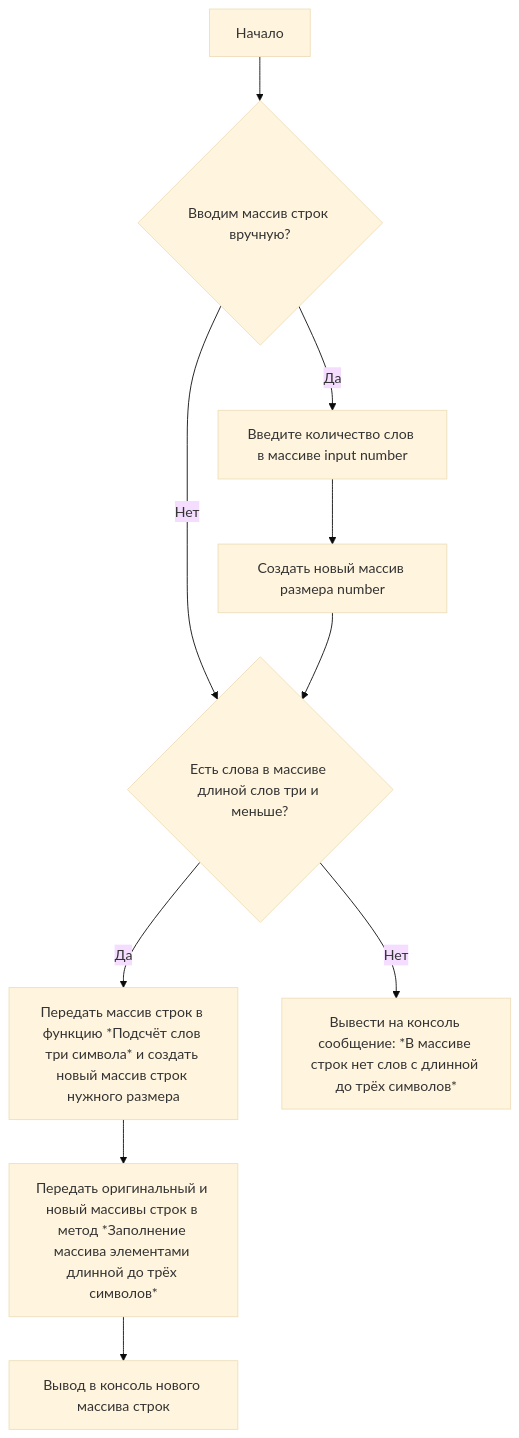
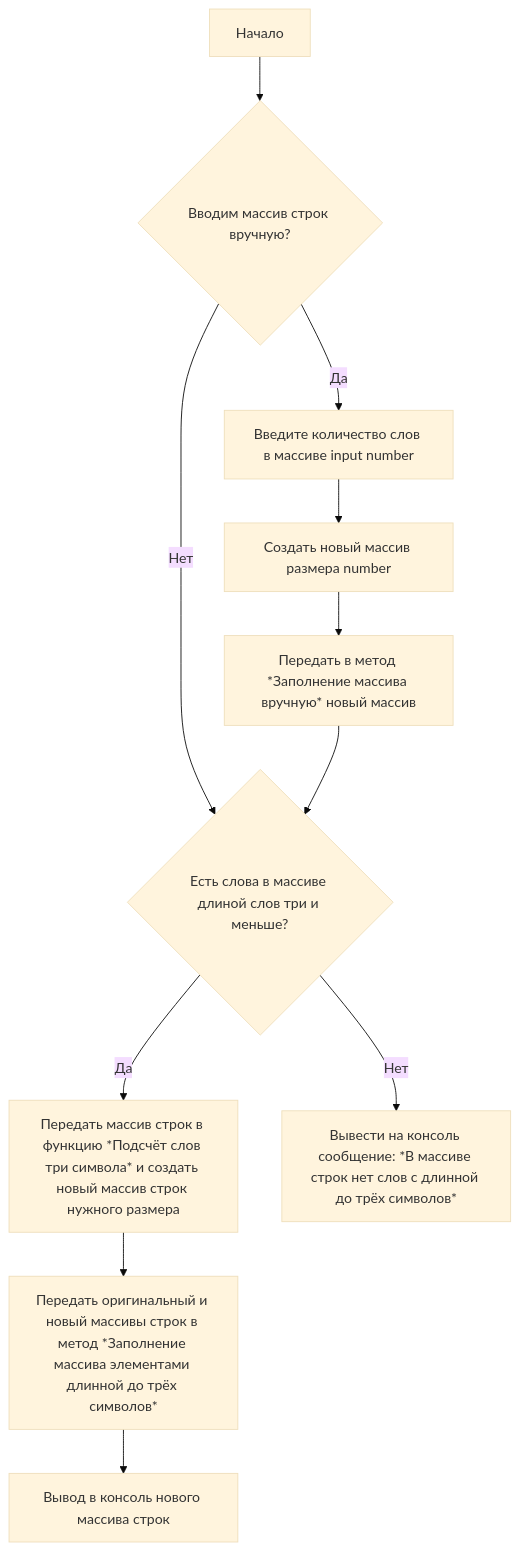
Before and after one commit to keknut/GB-Control-First-Quarter: the diagram in README.md, drawn with Mermaid (base theme).

Commit message:
Test mermaid diagrams

````diff
--- a/README.md
+++ b/README.md
@@ -19,12 +19,13 @@
 ```mermaid
   graph TD;
       A[Начало]-->B{Вводим массив строк вручную?};
       B -- Да --> C[Введите количество слов в массиве input number];
       B -- Нет --> D{Есть слова в массиве длиной слов три и меньше?};
       D -- Да --> E[Передать массив строк в функцию *Подсчёт слов три символа* и создать новый массив строк нужного размера];
       D -- Нет --> F[Вывести на консоль сообщение: *В массиве строк нет слов с длинной до трёх символов*];
       E --> G[Передать оригинальный и новый массивы строк в метод *Заполнение массива элементами длинной до трёх символов*]
       G --> J[Вывод в консоль нового массива строк]
       C --> H[Создать новый массив размера number]
-      H --> D
+      H --> K[Передать в метод *Заполнение массива вручную* новый массив]
+      K --> D
 ```
````
